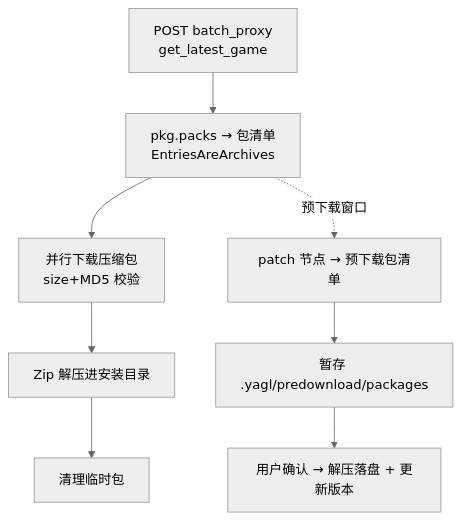
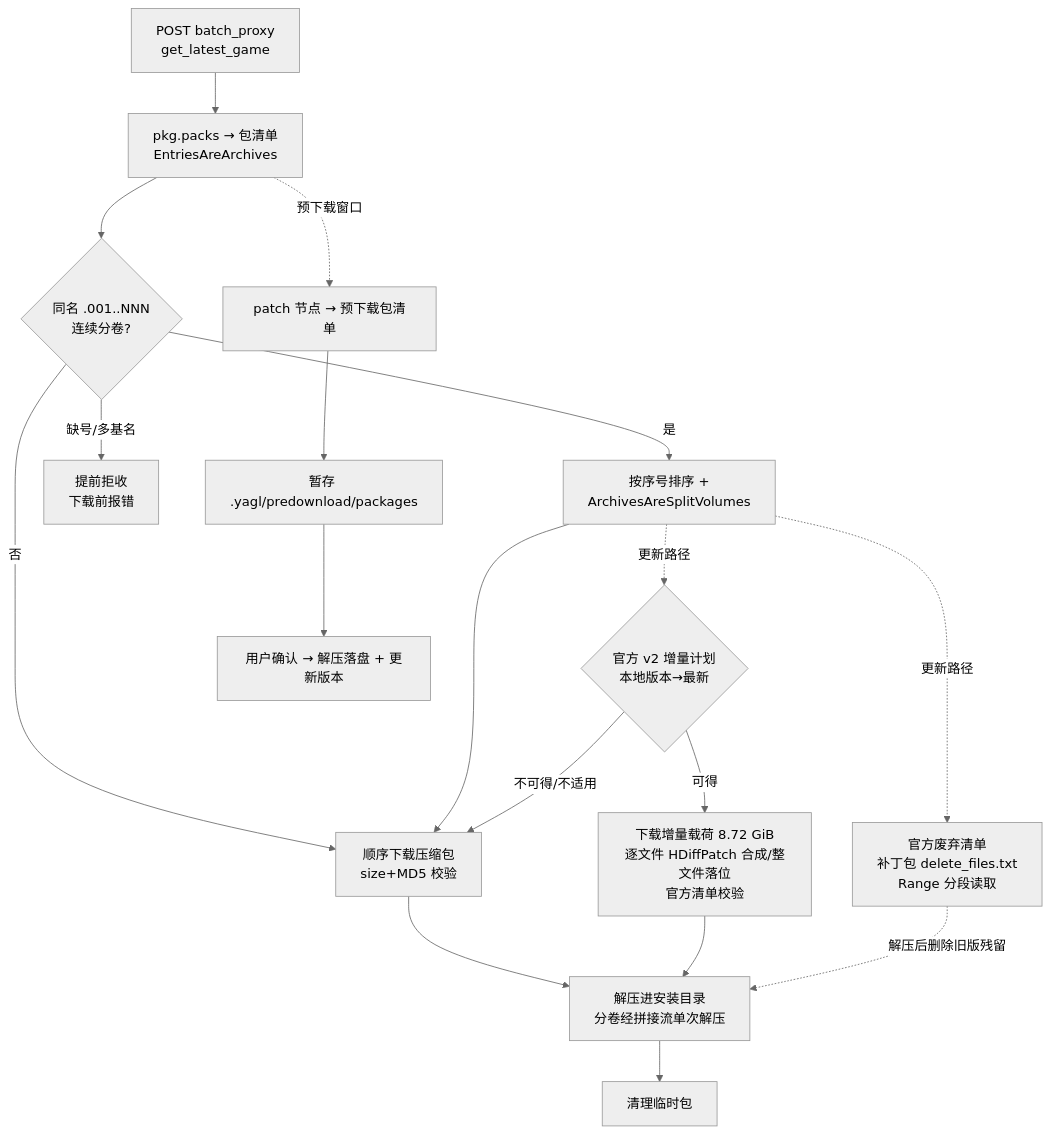
One commit to AngelBeats-Kanade/YetAnotherGameLauncher changed the fifth of 7 diagrams in docs/ARCHITECTURE.md. Above: the diagram before and after it, drawn with Mermaid (neutral theme). The commit also changed other lines of this file and 6 other files, not shown here.

Commit message:
docs: sync the update-chain batches across readme, changelog and architecture

````diff
--- a/docs/ARCHITECTURE.md
+++ b/docs/ARCHITECTURE.md
@@ -266,10 +274,20 @@
 ```mermaid
 flowchart TD
     A[POST batch_proxy<br/>get_latest_game] --> B[pkg.packs → 包清单<br/>EntriesAreArchives]
-    B --> C[并行下载压缩包<br/>size+MD5 校验]
-    C --> D[Zip 解压进安装目录]
+    B --> B1{同名 .001..NNN<br/>连续分卷?}
+    B1 -- 是 --> B2[按序号排序 +<br/>ArchivesAreSplitVolumes]
+    B1 -- 否 --> C
+    B2 --> C[顺序下载压缩包<br/>size+MD5 校验]
+    C --> D[解压进安装目录<br/>分卷经拼接流单次解压]
     D --> E[清理临时包]
+    B1 -- 缺号/多基名 --> X[提前拒收<br/>下载前报错]
+    B2 -.更新路径.-> P{官方 v2 增量计划<br/>本地版本→最新}
+    P -- 可得 --> Q[下载增量载荷 8.72 GiB<br/>逐文件 HDiffPatch 合成/整文件落位<br/>官方清单校验]
+    P -- 不可得/不适用 --> C
+    Q --> D
+    B2 -.更新路径.-> K[官方废弃清单<br/>补丁包 delete_files.txt<br/>Range 分段读取]
+    K -.解压后删除旧版残留.-> D
     B -.预下载窗口.-> F[patch 节点 → 预下载包清单]
     F --> G[暂存 .yagl/predownload/packages]
     G --> H[用户确认 → 解压落盘 + 更新版本]
 ```
````
